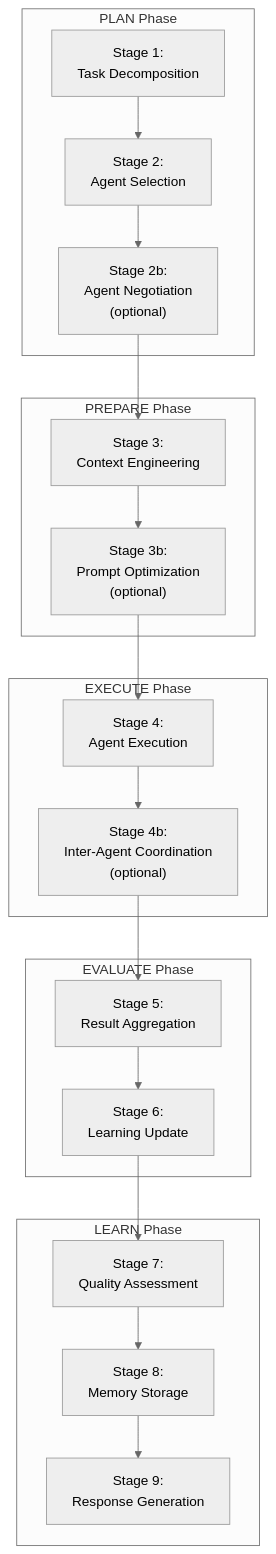
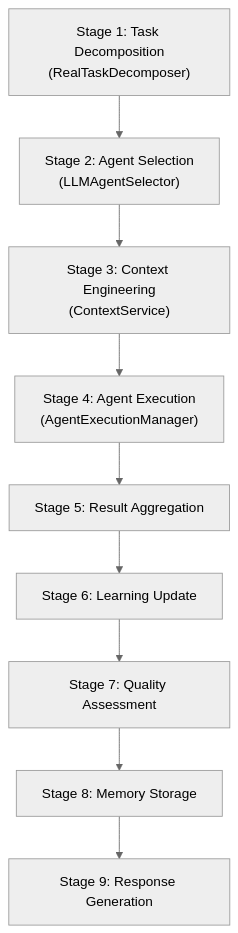
The first of 3 diagrams in docs/workflows-recipes/workflow-pipeline-architecture.md (AutomatosAI/automatos-ai), drawn with Mermaid (neutral theme) before and after one commit. The commit also changed other lines of this file and 149 other files, not shown here.

Commit message:
docs: refresh documentation with graphify semantic scan

````diff
--- a/docs/workflows-recipes/workflow-pipeline-architecture.md
+++ b/docs/workflows-recipes/workflow-pipeline-architecture.md
@@ -44,41 +62,21 @@
 ```mermaid
 graph TB
-    subgraph "PLAN Phase"
-        S1["Stage 1:<br/>Task Decomposition"]
-        S2["Stage 2:<br/>Agent Selection"]
-        S2b["Stage 2b:<br/>Agent Negotiation<br/>(optional)"]
-    end
-    
-    subgraph "PREPARE Phase"
-        S3["Stage 3:<br/>Context Engineering"]
-        S3b["Stage 3b:<br/>Prompt Optimization<br/>(optional)"]
-    end
-    
-    subgraph "EXECUTE Phase"
-        S4["Stage 4:<br/>Agent Execution"]
-        S4b["Stage 4b:<br/>Inter-Agent Coordination<br/>(optional)"]
-    end
-    
-    subgraph "EVALUATE Phase"
-        S5["Stage 5:<br/>Result Aggregation"]
-        S6["Stage 6:<br/>Learning Update"]
-    end
-    
-    subgraph "LEARN Phase"
-        S7["Stage 7:<br/>Quality Assessment"]
-        S8["Stage 8:<br/>Memory Storage"]
-        S9["Stage 9:<br/>Response Generation"]
-    end
+    S1["Stage 1: Task Decomposition<br/>(RealTaskDecomposer)"]
+    S2["Stage 2: Agent Selection<br/>(LLMAgentSelector)"]
+    S3["Stage 3: Context Engineering<br/>(ContextService)"]
+    S4["Stage 4: Agent Execution<br/>(AgentExecutionManager)"]
+    S5["Stage 5: Result Aggregation"]
+    S6["Stage 6: Learning Update"]
+    S7["Stage 7: Quality Assessment"]
+    S8["Stage 8: Memory Storage"]
+    S9["Stage 9: Response Generation"]
     
     S1 --> S2
-    S2 --> S2b
-    S2b --> S3
-    S3 --> S3b
-    S3b --> S4
-    S4 --> S4b
-    S4b --> S5
+    S2 --> S3
+    S3 --> S4
+    S4 --> S5
     S5 --> S6
     S6 --> S7
     S7 --> S8
     S8 --> S9
 ```
````
